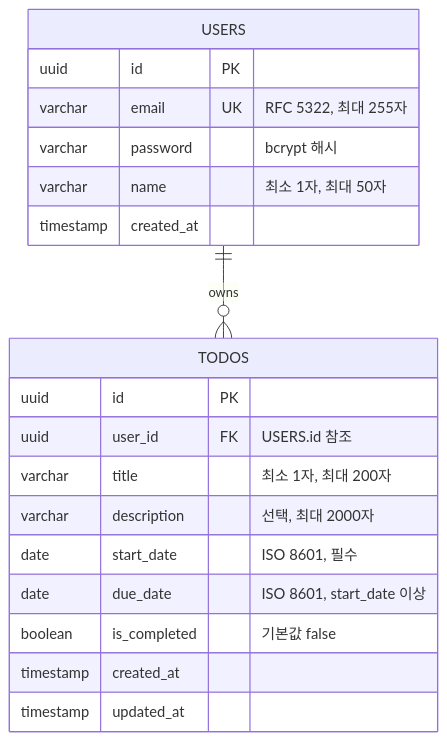
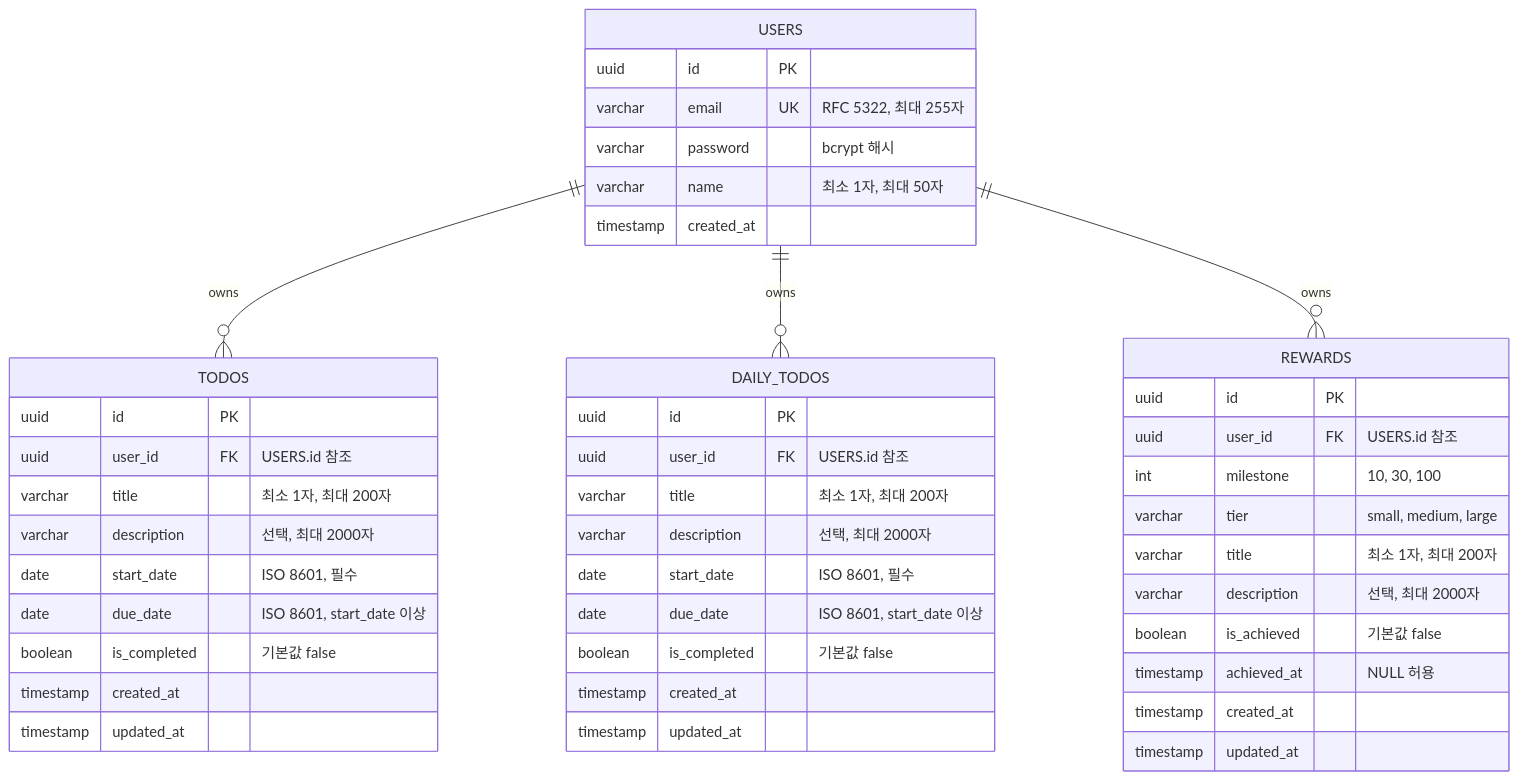
Before and after one commit to ywra/todolist-app: the diagram in docs/6-erd.md, drawn with Mermaid. The commit also changed other lines of this file and 3 other files, not shown here.

````diff
--- a/docs/6-erd.md
+++ b/docs/6-erd.md
@@ -13,24 +14,51 @@
 ```mermaid 
 erDiagram
     USERS ||--o{ TODOS : "owns"
+    USERS ||--o{ DAILY_TODOS : "owns"
+    USERS ||--o{ REWARDS : "owns"
 
     USERS {
         uuid id PK
         varchar email UK "RFC 5322, 최대 255자"
         varchar password "bcrypt 해시"
         varchar name "최소 1자, 최대 50자"
         timestamp created_at
     }
 
     TODOS {
         uuid id PK
         uuid user_id FK "USERS.id 참조"
         varchar title "최소 1자, 최대 200자"
         varchar description "선택, 최대 2000자"
         date start_date "ISO 8601, 필수"
         date due_date "ISO 8601, start_date 이상"
         boolean is_completed "기본값 false"
         timestamp created_at
         timestamp updated_at
     }
+
+    DAILY_TODOS {
+        uuid id PK
+        uuid user_id FK "USERS.id 참조"
+        varchar title "최소 1자, 최대 200자"
+        varchar description "선택, 최대 2000자"
+        date start_date "ISO 8601, 필수"
+        date due_date "ISO 8601, start_date 이상"
+        boolean is_completed "기본값 false"
+        timestamp created_at
+        timestamp updated_at
+    }
+
+    REWARDS {
+        uuid id PK
+        uuid user_id FK "USERS.id 참조"
+        int milestone "10, 30, 100"
+        varchar tier "small, medium, large"
+        varchar title "최소 1자, 최대 200자"
+        varchar description "선택, 최대 2000자"
+        boolean is_achieved "기본값 false"
+        timestamp achieved_at "NULL 허용"
+        timestamp created_at
+        timestamp updated_at
+    }
 ```
````
